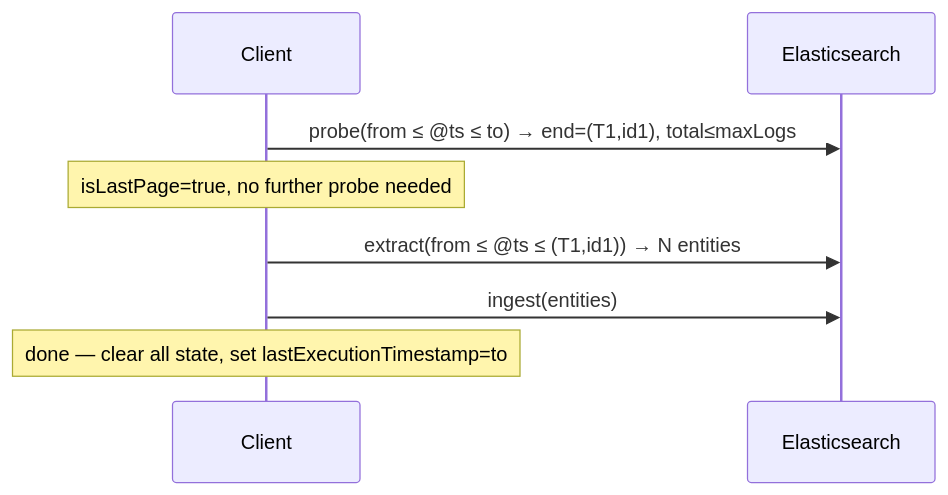
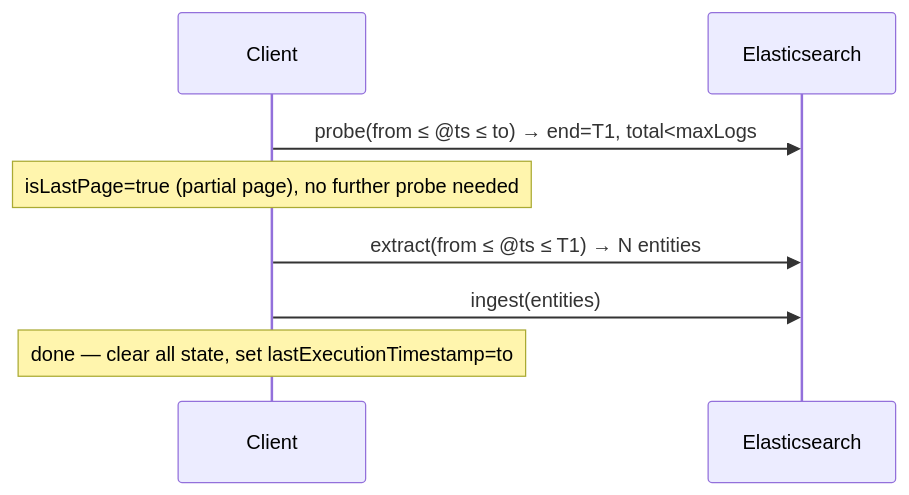
Before and after one commit to patrykkopycinski/kibana: the first of 7 diagrams in x-pack/solutions/security/plugins/entity_store/server/domain/logs_extraction/PAGINATION.md, drawn with Mermaid. The commit also changed other lines of this file and 20 other files, not shown here.

````diff
--- a/x-pack/solutions/security/plugins/entity_store/server/domain/logs_extraction/PAGINATION.md
+++ b/x-pack/solutions/security/plugins/entity_store/server/domain/logs_extraction/PAGINATION.md
@@ -34,10 +35,10 @@
 ```mermaid
 sequenceDiagram
     participant C as Client
     participant ES as Elasticsearch
-    C->>ES: probe(from ≤ @ts ≤ to) → end=(T1,id1), total≤maxLogs
-    Note over C: isLastPage=true, no further probe needed
-    C->>ES: extract(from ≤ @ts ≤ (T1,id1)) → N entities
+    C->>ES: probe(from ≤ @ts ≤ to) → end=T1, total<maxLogs
+    Note over C: isLastPage=true (partial page), no further probe needed
+    C->>ES: extract(from ≤ @ts ≤ T1) → N entities
     C->>ES: ingest(entities)
     Note over C: done — clear all state, set lastExecutionTimestamp=to
 ```
````
